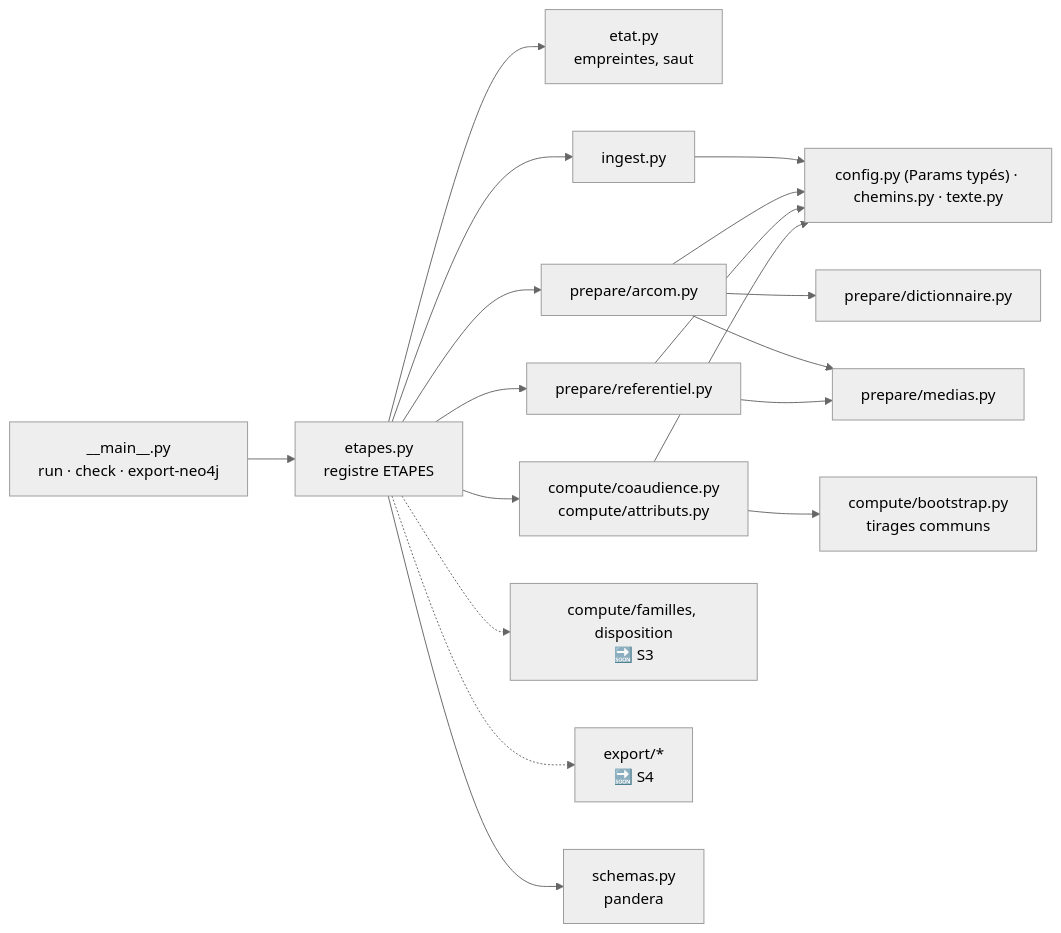
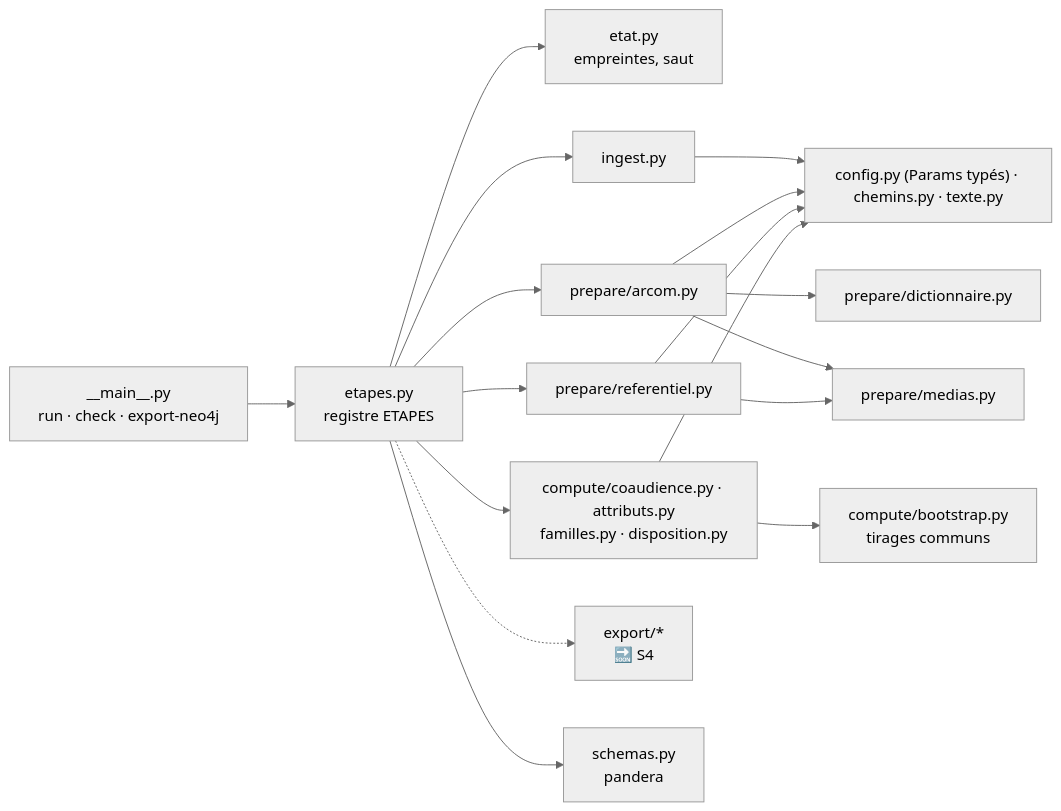
The third of 4 diagrams in docs/DAT.md (Capcodex/OpenDataChallenge_Audiovisuel), drawn with Mermaid (neutral theme) before and after one commit. The commit also changed other lines of this file and 39 other files, not shown here.

Commit message:
Sprint 3 : familles, disposition de la carte, jetons de design, i18n, hadolint et Trivy

````diff
--- a/docs/DAT.md
+++ b/docs/DAT.md
@@ -174,17 +174,16 @@
 ```mermaid
 flowchart LR
     CLI["__main__.py<br/>run · check · export-neo4j"] --> REG["etapes.py<br/>registre ETAPES"]
     REG --> ETAT["etat.py<br/>empreintes, saut"]
     REG --> ING["ingest.py"]
     REG --> ARC["prepare/arcom.py"]
     REG --> REF["prepare/referentiel.py"]
-    REG --> CMP["compute/coaudience.py<br/>compute/attributs.py"]
+    REG --> CMP["compute/coaudience.py · attributs.py<br/>familles.py · disposition.py"]
     CMP --> BOOT["compute/bootstrap.py<br/>tirages communs"]
-    REG -.-> CMP3["compute/familles, disposition<br/>🔜 S3"]
     REG -.-> EXP["export/*<br/>🔜 S4"]
     REG --> SCH["schemas.py<br/>pandera"]
     ARC --> DIC["prepare/dictionnaire.py"]
     ARC --> MED["prepare/medias.py"]
     REF --> MED
     ING & ARC & REF & CMP --> CFG["config.py (Params typés) · chemins.py · texte.py"]
 ```
````
